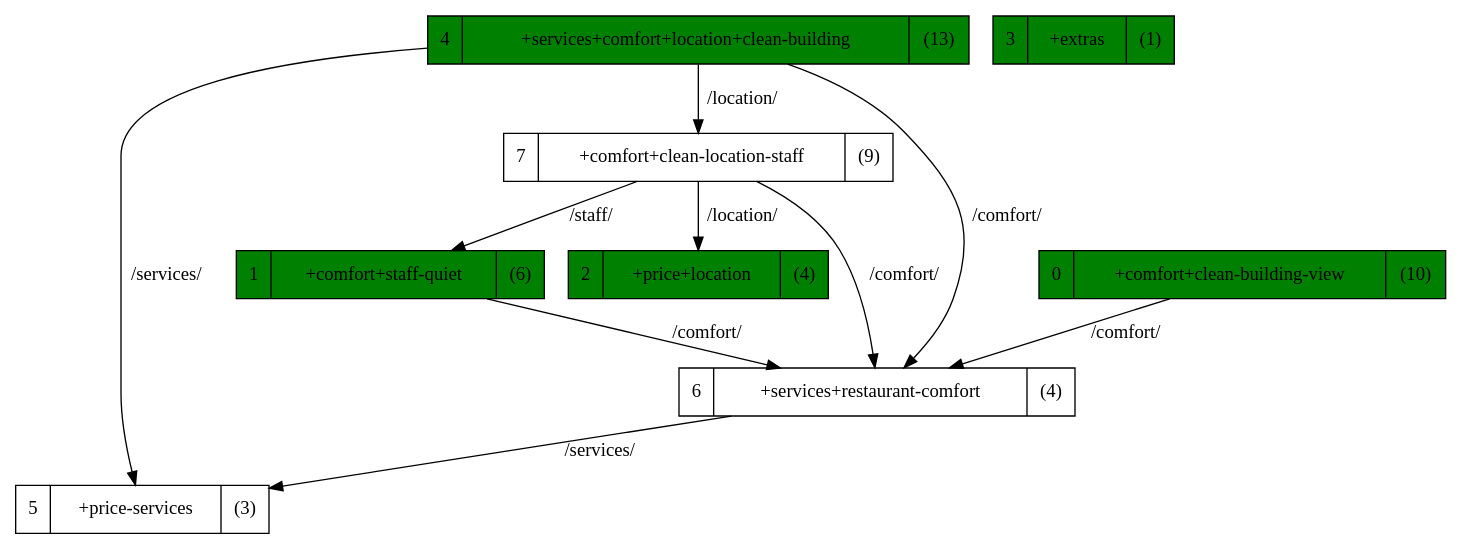
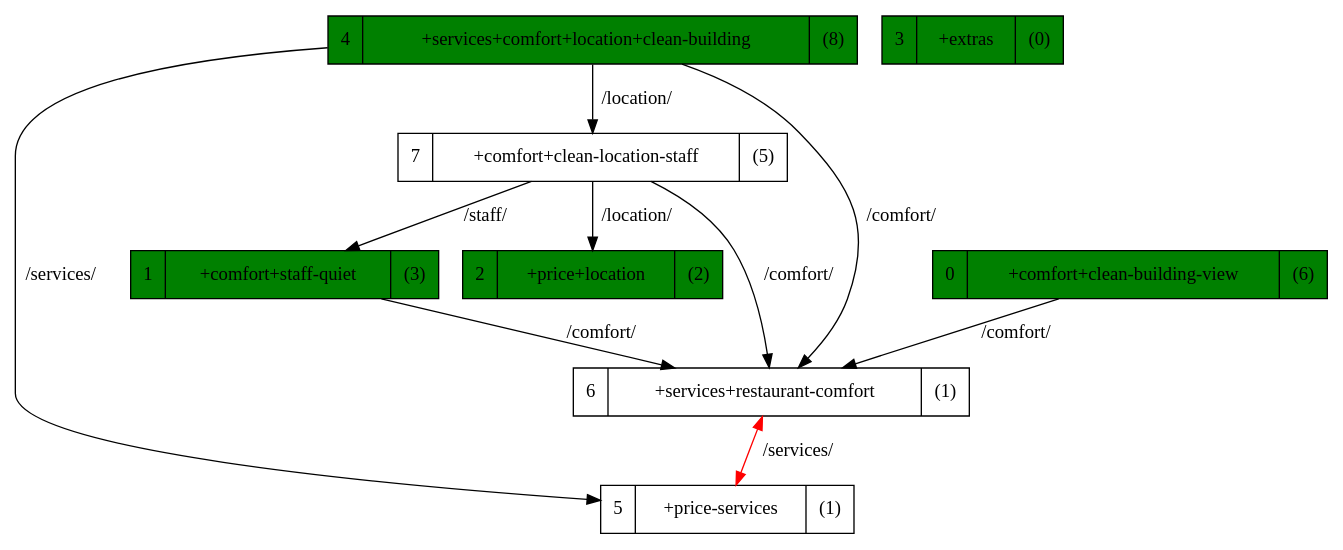
Before and after one commit to nicorotstein/juan_alberto: the diagram in eg2/first_graph.dot, drawn with Graphviz. The commit also changed 29 other files, not shown here.

```diff
--- a/eg2/first_graph.dot
+++ b/eg2/first_graph.dot
@@ -1,19 +1,20 @@
 strict digraph G {
-1 [shape=record, label="1 | +comfort+staff-quiet| (6)", style=filled, fillcolor=green];
-0 [shape=record, label="0 | +comfort+clean-building-view| (10)", style=filled, fillcolor=green];
-3 [shape=record, label="3 | +extras| (1)", style=filled, fillcolor=green];
-2 [shape=record, label="2 | +price+location| (4)", style=filled, fillcolor=green];
-5 [shape=record, label="5 | +price-services| (3)"];
-4 [shape=record, label="4 | +services+comfort+location+clean-building| (13)", style=filled, fillcolor=green];
-7 [shape=record, label="7 | +comfort+clean-location-staff| (9)"];
-6 [shape=record, label="6 | +services+restaurant-comfort| (4)"];
+1 [shape=record, label="1 | +comfort+staff-quiet| (3)", style=filled, fillcolor=green];
+0 [shape=record, label="0 | +comfort+clean-building-view| (6)", style=filled, fillcolor=green];
+3 [shape=record, label="3 | +extras| (0)", style=filled, fillcolor=green];
+2 [shape=record, label="2 | +price+location| (2)", style=filled, fillcolor=green];
+5 [shape=record, label="5 | +price-services| (1)"];
+4 [shape=record, label="4 | +services+comfort+location+clean-building| (8)", style=filled, fillcolor=green];
+7 [shape=record, label="7 | +comfort+clean-location-staff| (5)"];
+6 [shape=record, label="6 | +services+restaurant-comfort| (1)"];
 1 -> 6  [label="/comfort/"];
 0 -> 6  [label="/comfort/"];
+5 -> 6  [color=red, dir=both, label="/services/"];
 4 -> 5  [label="/services/"];
 4 -> 7  [label="/location/"];
 4 -> 6  [label="/comfort/"];
 7 -> 1  [label="/staff/"];
 7 -> 2  [label="/location/"];
 7 -> 6  [label="/comfort/"];
-6 -> 5  [label="/services/"];
+6 -> 5  [color=transparent];
 }
```
